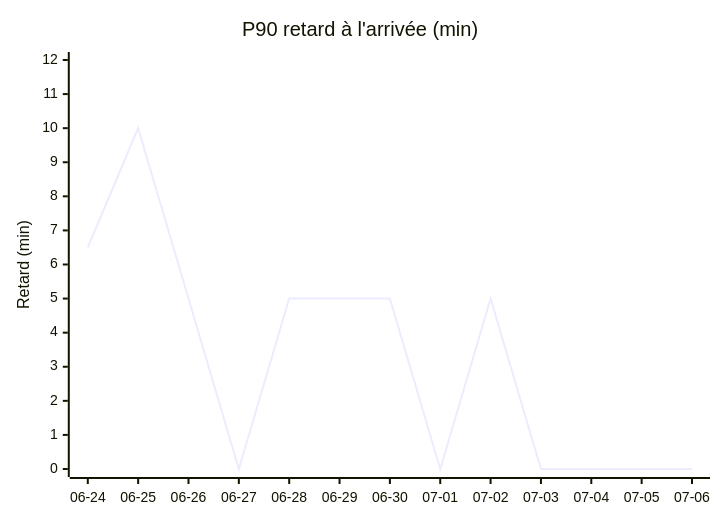
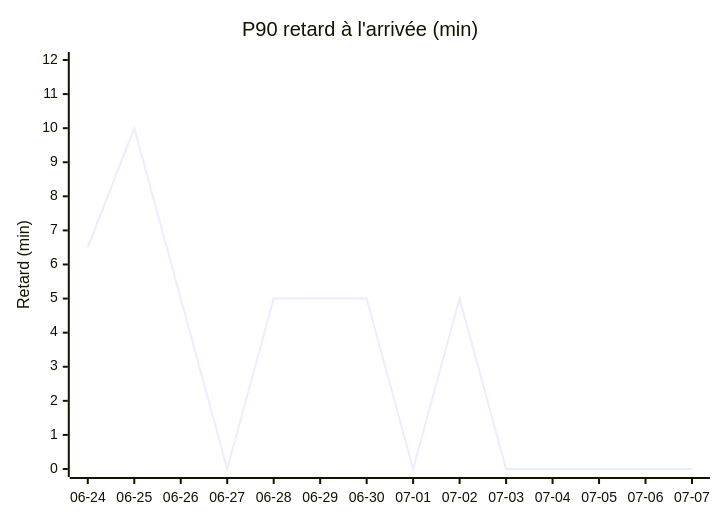
The first of 4 diagrams in STATS.md (antoinerep/horaire-ter), drawn with Mermaid before and after one commit. The commit also changed other lines of this file and 1 other file, not shown here.

````diff
--- a/STATS.md
+++ b/STATS.md
@@ -29,7 +29,7 @@
 ```mermaid
 xychart-beta
     title "P90 retard à l'arrivée (min)"
-    x-axis ["06-24", "06-25", "06-26", "06-27", "06-28", "06-29", "06-30", "07-01", "07-02", "07-03", "07-04", "07-05", "07-06"]
+    x-axis ["06-24", "06-25", "06-26", "06-27", "06-28", "06-29", "06-30", "07-01", "07-02", "07-03", "07-04", "07-05", "07-06", "07-07"]
     y-axis "Retard (min)" 0 --> 12
-    line [6.5, 10.0, 5.0, 0.0, 5.0, 5.0, 5.0, 0.0, 5.0, 0.0, 0.0, 0.0, 0.0]
+    line [6.5, 10.0, 5.0, 0.0, 5.0, 5.0, 5.0, 0.0, 5.0, 0.0, 0.0, 0.0, 0.0, 0.0]
 ```
````
